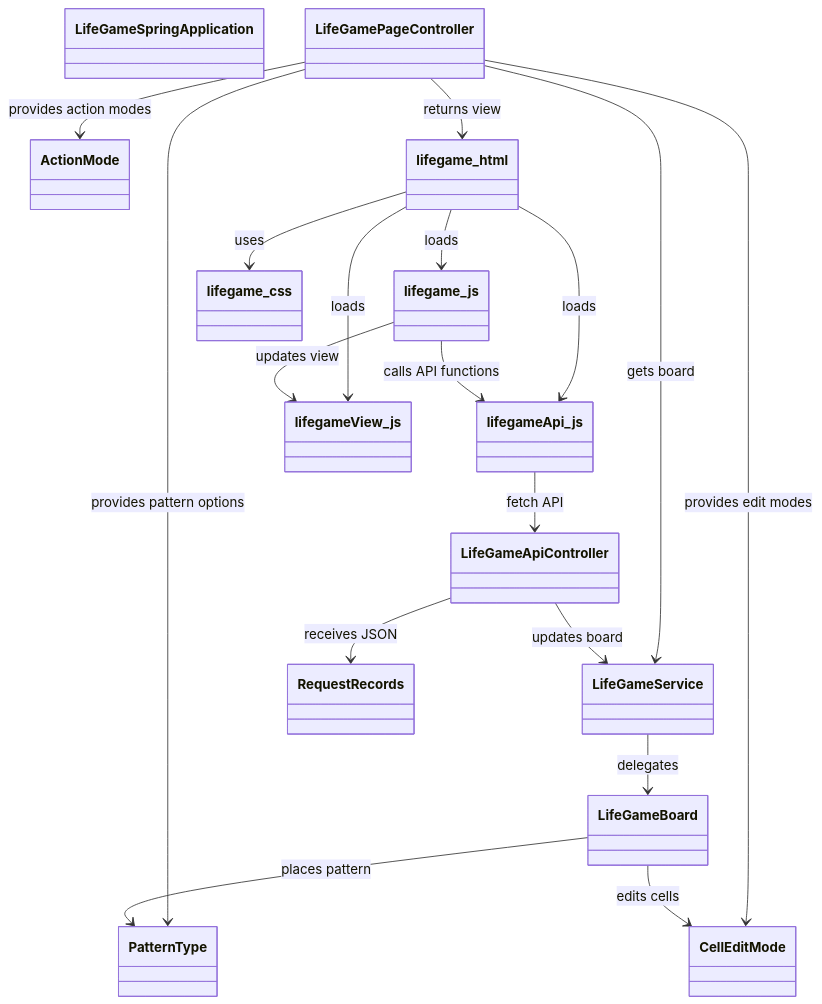
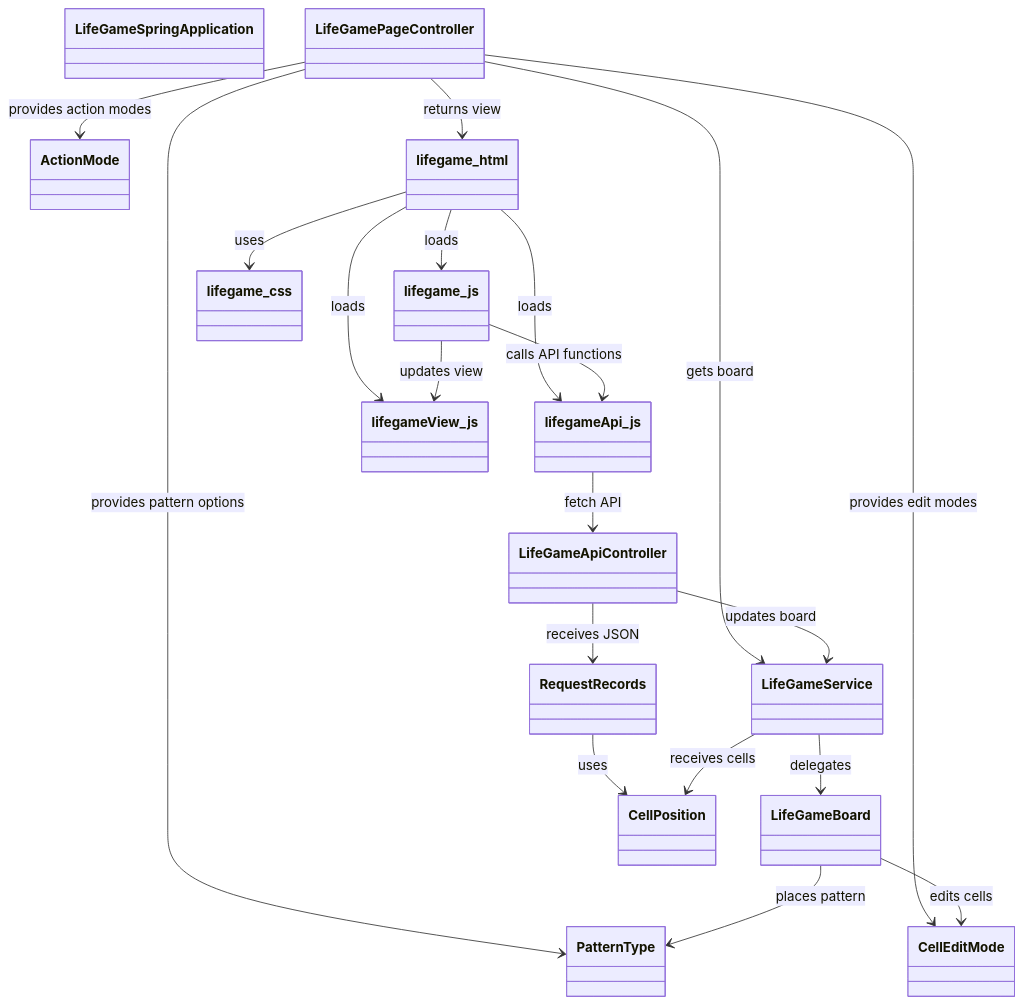
Before and after one commit to mkunori/LifeGame: the second of 9 diagrams in README.md, drawn with Mermaid. The commit also changed other lines of this file, not shown here.

````diff
--- a/README.md
+++ b/README.md
@@ -210,39 +245,44 @@
 ```mermaid
 classDiagram
     class LifeGameSpringApplication
     class LifeGamePageController
     class LifeGameApiController
     class LifeGameService
     class LifeGameBoard
     class PatternType
     class CellEditMode
+    class CellPosition
     class ActionMode
     class RequestRecords
     class lifegame_html
     class lifegameApi_js
     class lifegameView_js
     class lifegame_js
     class lifegame_css
 
     LifeGamePageController --> LifeGameService : gets board
     LifeGamePageController --> PatternType : provides pattern options
     LifeGamePageController --> CellEditMode : provides edit modes
     LifeGamePageController --> ActionMode : provides action modes
     LifeGamePageController --> lifegame_html : returns view
 
     LifeGameApiController --> LifeGameService : updates board
     LifeGameApiController --> RequestRecords : receives JSON
     LifeGameService --> LifeGameBoard : delegates
 
     LifeGameBoard --> PatternType : places pattern
     LifeGameBoard --> CellEditMode : edits cells
 
+    RequestRecords --> CellPosition : uses
+
+    LifeGameService --> CellPosition : receives cells
+
     lifegame_html --> lifegame_css : uses
     lifegame_html --> lifegameApi_js : loads
     lifegame_html --> lifegameView_js : loads
     lifegame_html --> lifegame_js : loads
 
     lifegame_js --> lifegameApi_js : calls API functions
     lifegame_js --> lifegameView_js : updates view
     lifegameApi_js --> LifeGameApiController : fetch API
 ```
````
